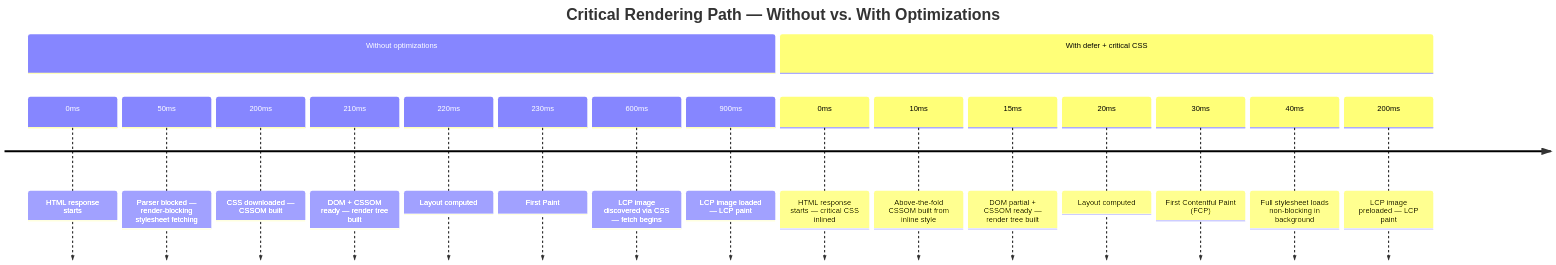
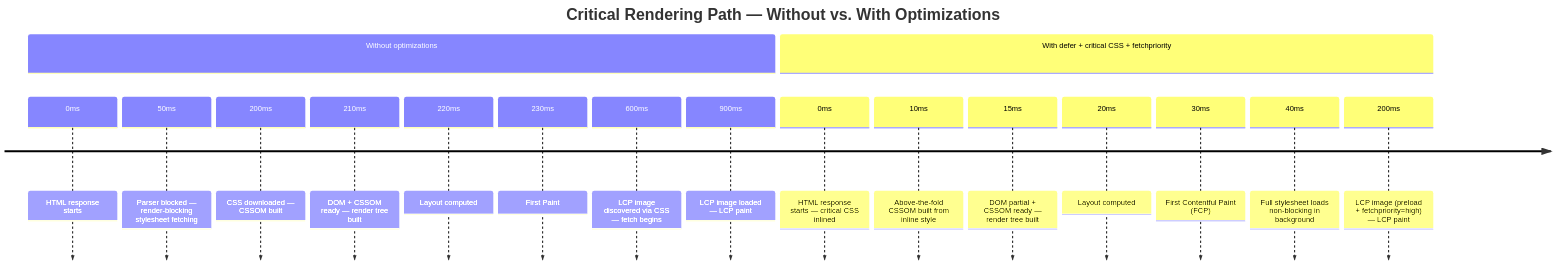
The diagram in docs/en/Rendering and Performance/712.md (alivedise/frontend-engineering-essentials), drawn with Mermaid before and after one commit. The commit also changed other lines of this file and 1 other file, not shown here.

````diff
--- a/docs/en/Rendering and Performance/712.md
+++ b/docs/en/Rendering and Performance/712.md
@@ -231,21 +22,21 @@
 ```mermaid
 timeline
     title Critical Rendering Path — Without vs. With Optimizations
     section Without optimizations
         0ms   : HTML response starts
         50ms  : Parser blocked — render-blocking stylesheet fetching
         200ms : CSS downloaded — CSSOM built
         210ms : DOM + CSSOM ready — render tree built
         220ms : Layout computed
         230ms : First Paint
         600ms : LCP image discovered via CSS — fetch begins
         900ms : LCP image loaded — LCP paint
-    section With defer + critical CSS
+    section With defer + critical CSS + fetchpriority
         0ms   : HTML response starts — critical CSS inlined
         10ms  : Above-the-fold CSSOM built from inline style
         15ms  : DOM partial + CSSOM ready — render tree built
         20ms  : Layout computed
         30ms  : First Contentful Paint (FCP)
         40ms  : Full stylesheet loads non-blocking in background
-        200ms : LCP image preloaded — LCP paint
+        200ms : LCP image (preload + fetchpriority=high) — LCP paint
 ```
````
